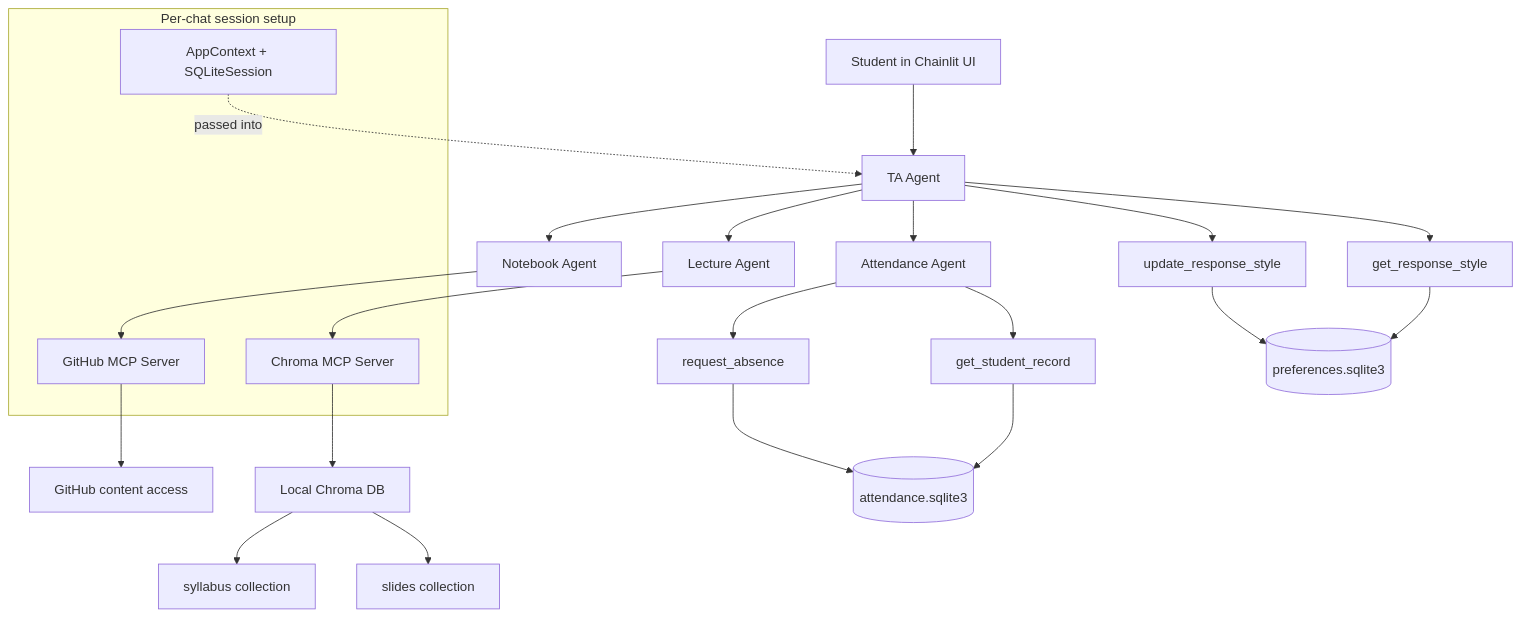
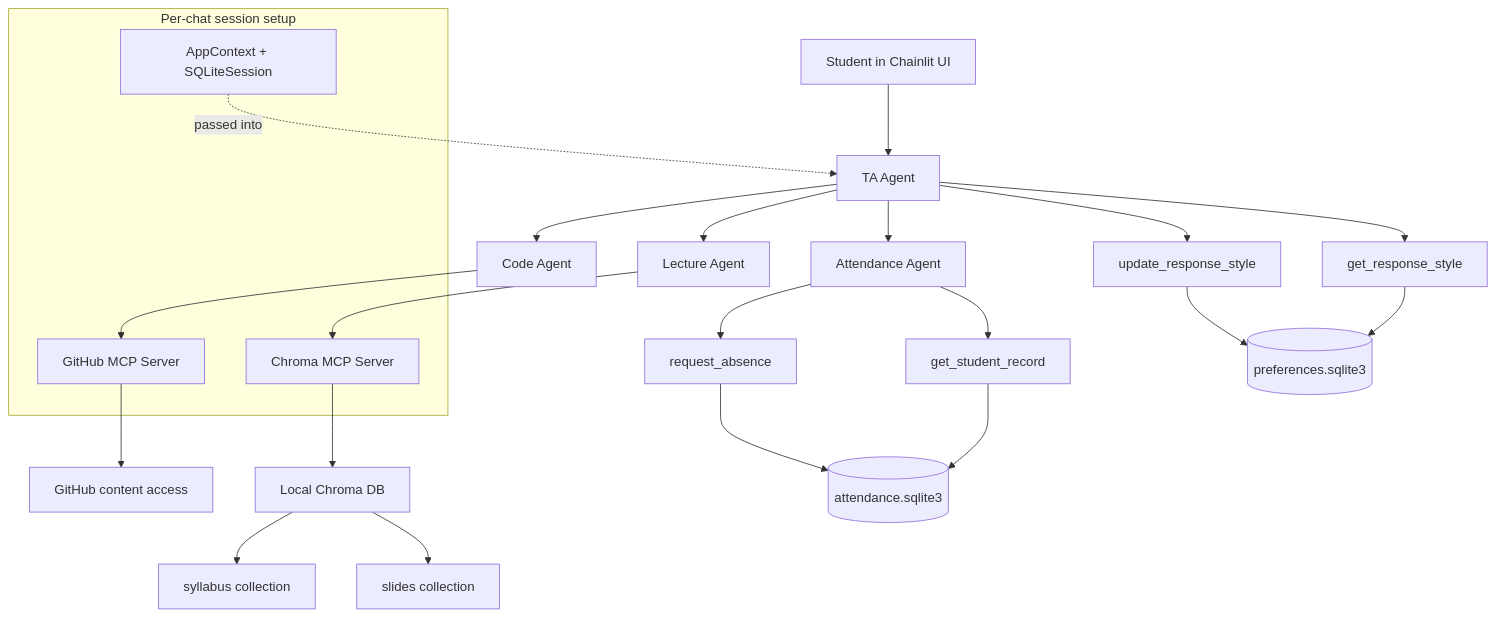
One commit to ignasgr/adsp-nlp-agent changed the diagram in docs/architecture.md. Above: the diagram before and after it, drawn with Mermaid. The commit also changed other lines of this file, not shown here.

Commit message:
docs: update Notebook Agent references to Code Agent in architecture diagram

````diff
--- a/docs/architecture.md
+++ b/docs/architecture.md
@@ -6,36 +6,36 @@
 ```mermaid
 flowchart TD
     U[Student in Chainlit UI] --> A[TA Agent]
 
     subgraph Session["Per-chat session setup"]
         G1[GitHub MCP Server]
         C1[Chroma MCP Server]
         CTX[AppContext + SQLiteSession]
     end
 
     A --> PT[get_response_style]
     A --> PU[update_response_style]
 
     A --> AS[Attendance Agent]
     A --> LS[Lecture Agent]
-    A --> NS[Notebook Agent]
+    A --> NS[Code Agent]
 
     AS --> T1[get_student_record]
     AS --> T2[request_absence]
 
     LS --> C1
     NS --> G1
 
     C1 --> C2[Local Chroma DB]
     C2 --> S1[slides collection]
     C2 --> S2[syllabus collection]
 
     G1 --> GH[GitHub content access]
 
     T1 --> DB1[(attendance.sqlite3)]
     T2 --> DB1
     PT --> DB2[(preferences.sqlite3)]
     PU --> DB2
 
     CTX -. passed into .-> A
 ```
````
